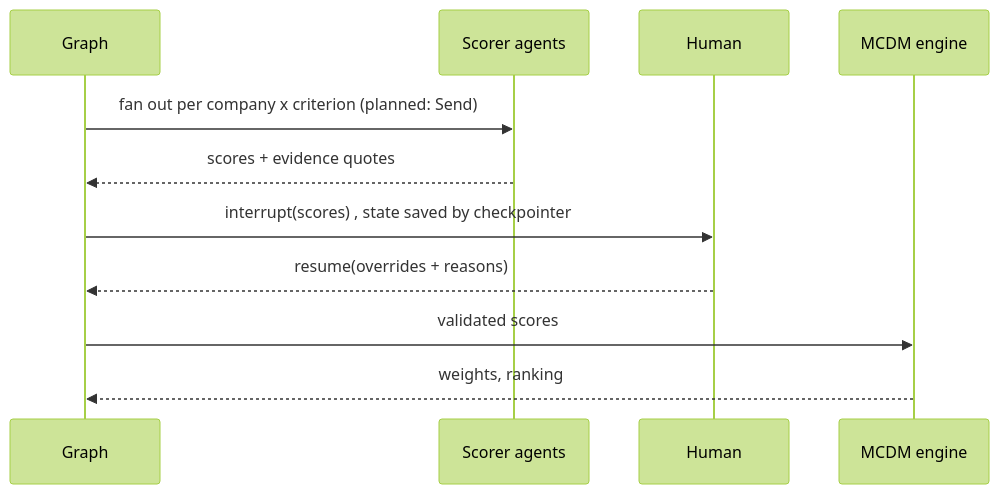
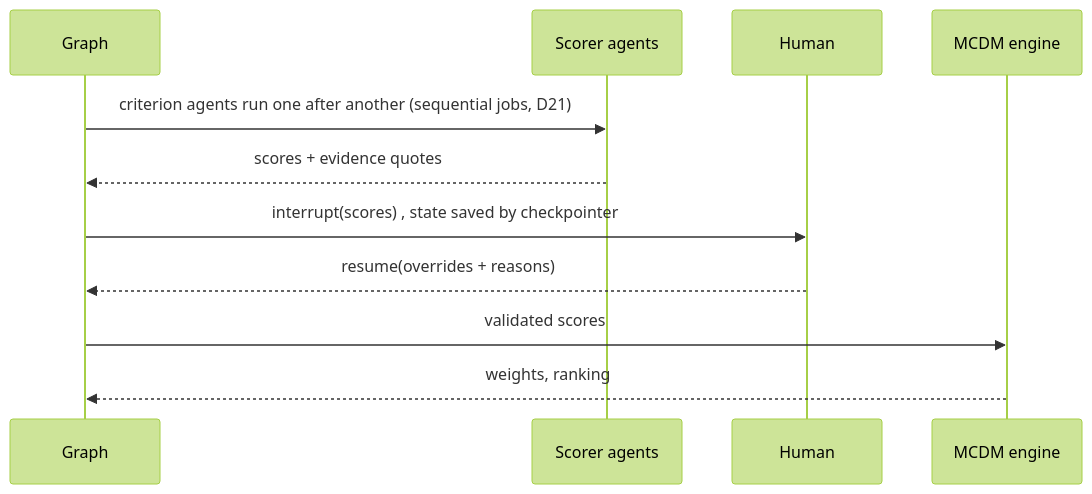
The fifth of 6 diagrams in docs/architecture/overview.md (whoimad/maid), drawn with Mermaid (forest theme) before and after one commit. The commit also changed other lines of this file and 16 other files, not shown here.

First line of the commit message:
feat(llm): local models only, sequential agents (D21); prompt v2 quote length

````diff
--- a/docs/architecture/overview.md
+++ b/docs/architecture/overview.md
@@ -116,13 +115,13 @@
 ```mermaid
 sequenceDiagram
     participant G as Graph
     participant S as Scorer agents
     participant H as Human
     participant M as MCDM engine
-    G->>S: fan out per company x criterion (planned: Send)
+    G->>S: criterion agents run one after another (sequential jobs, D21)
     S-->>G: scores + evidence quotes
     G->>H: interrupt(scores) , state saved by checkpointer
     H-->>G: resume(overrides + reasons)
     G->>M: validated scores
     M-->>G: weights, ranking
 ```
````
